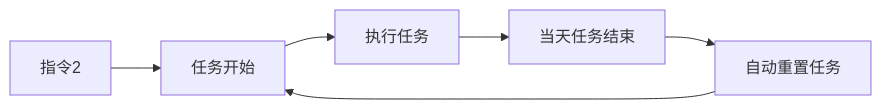
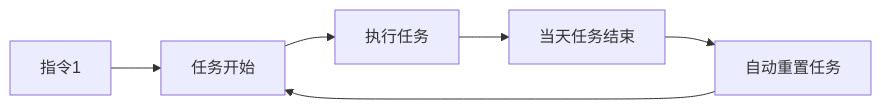
The first of 2 diagrams in README.md (AndroidCoderPeng/DailyTask), drawn with Mermaid before and after one commit. The commit also changed other lines of this file and 1 other file, not shown here.

````diff
--- a/README.md
+++ b/README.md
@@ -62,4 +61,4 @@
 ```mermaid
 graph LR
-    指令2 --> 任务开始 --> 执行任务 --> 当天任务结束 --> 自动重置任务 --> 任务开始
+    指令1 --> 任务开始 --> 执行任务 --> 当天任务结束 --> 自动重置任务 --> 任务开始
 ```
````
